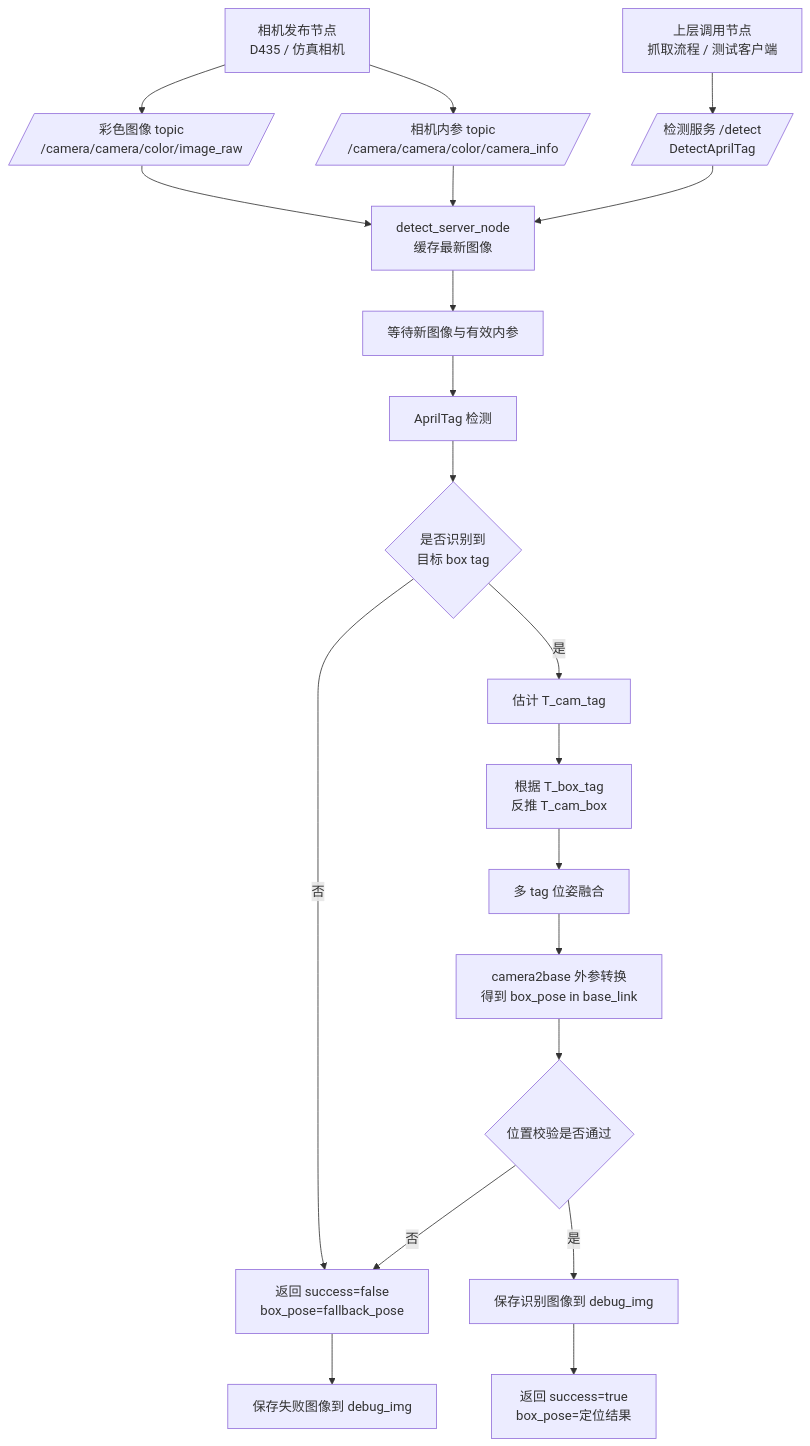
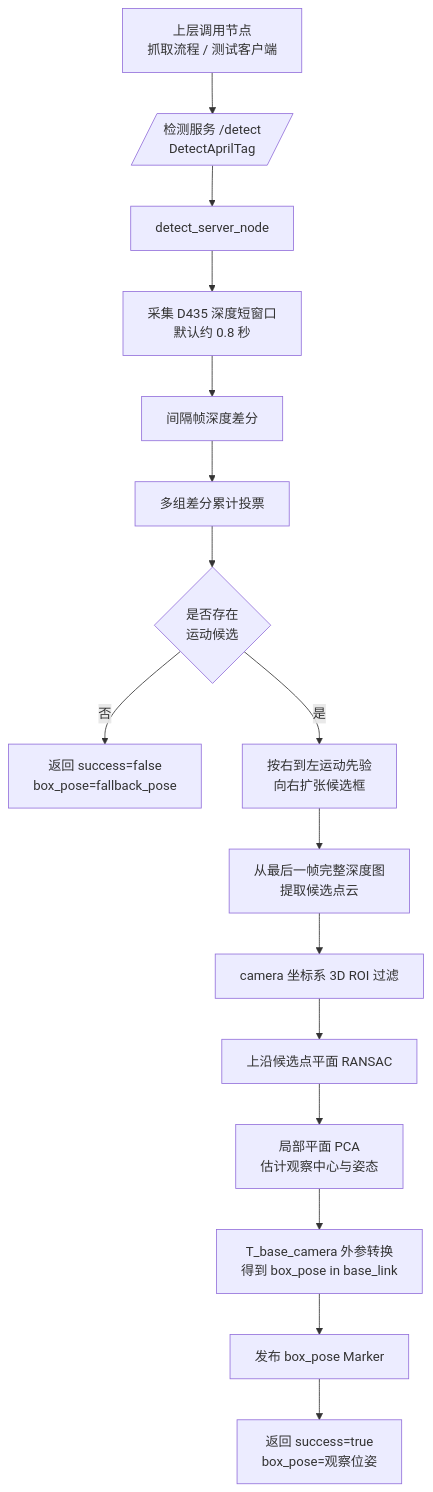
The diagram in recognition_localization_flow.md (liujun0808/detect_box_ws), drawn with Mermaid before and after one commit. The commit also changed other lines of this file and 14 other files, not shown here.

````diff
--- a/recognition_localization_flow.md
+++ b/recognition_localization_flow.md
@@ -16,28 +17,18 @@
 ```mermaid
 flowchart TD
-    A[相机发布节点<br/>D435 / 仿真相机] --> B[/彩色图像 topic<br/>/camera/camera/color/image_raw/]
-    A --> C[/相机内参 topic<br/>/camera/camera/color/camera_info/]
-
-    B --> D[detect_server_node<br/>缓存最新图像]
-    C --> D
-
-    E[上层调用节点<br/>抓取流程 / 测试客户端] --> F[/检测服务 /detect<br/>DetectAprilTag/]
-    F --> D
-
-    D --> G[等待新图像与有效内参]
-    G --> H[AprilTag 检测]
-    H --> I{是否识别到<br/>目标 box tag}
-
-    I -- 否 --> J[返回 success=false<br/>box_pose=fallback_pose]
-    I -- 是 --> K[估计 T_cam_tag]
-    K --> L[根据 T_box_tag<br/>反推 T_cam_box]
-    L --> M[多 tag 位姿融合]
-    M --> N[camera2base 外参转换<br/>得到 box_pose in base_link]
-    N --> O{位置校验是否通过}
-
-    O -- 否 --> J
-    O -- 是 --> P[保存识别图像到 debug_img]
-    P --> Q[返回 success=true<br/>box_pose=定位结果]
-
-    J --> R[保存失败图像到 debug_img]
+    A[上层调用节点<br/>抓取流程 / 测试客户端] --> B[/检测服务 /detect<br/>DetectAprilTag/]
+    B --> C[detect_server_node]
+    C --> D[采集 D435 深度短窗口<br/>默认约 0.8 秒]
+    D --> E[间隔帧深度差分]
+    E --> F[多组差分累计投票]
+    F --> G{是否存在<br/>运动候选}
+    G -- 否 --> H[返回 success=false<br/>box_pose=fallback_pose]
+    G -- 是 --> I[按右到左运动先验<br/>向右扩张候选框]
+    I --> J[从最后一帧完整深度图<br/>提取候选点云]
+    J --> K[camera 坐标系 3D ROI 过滤]
+    K --> L[上沿候选点平面 RANSAC]
+    L --> M[局部平面 PCA<br/>估计观察中心与姿态]
+    M --> N[T_base_camera 外参转换<br/>得到 box_pose in base_link]
+    N --> O[发布 box_pose Marker]
+    O --> P[返回 success=true<br/>box_pose=观察位姿]
 ```
````
